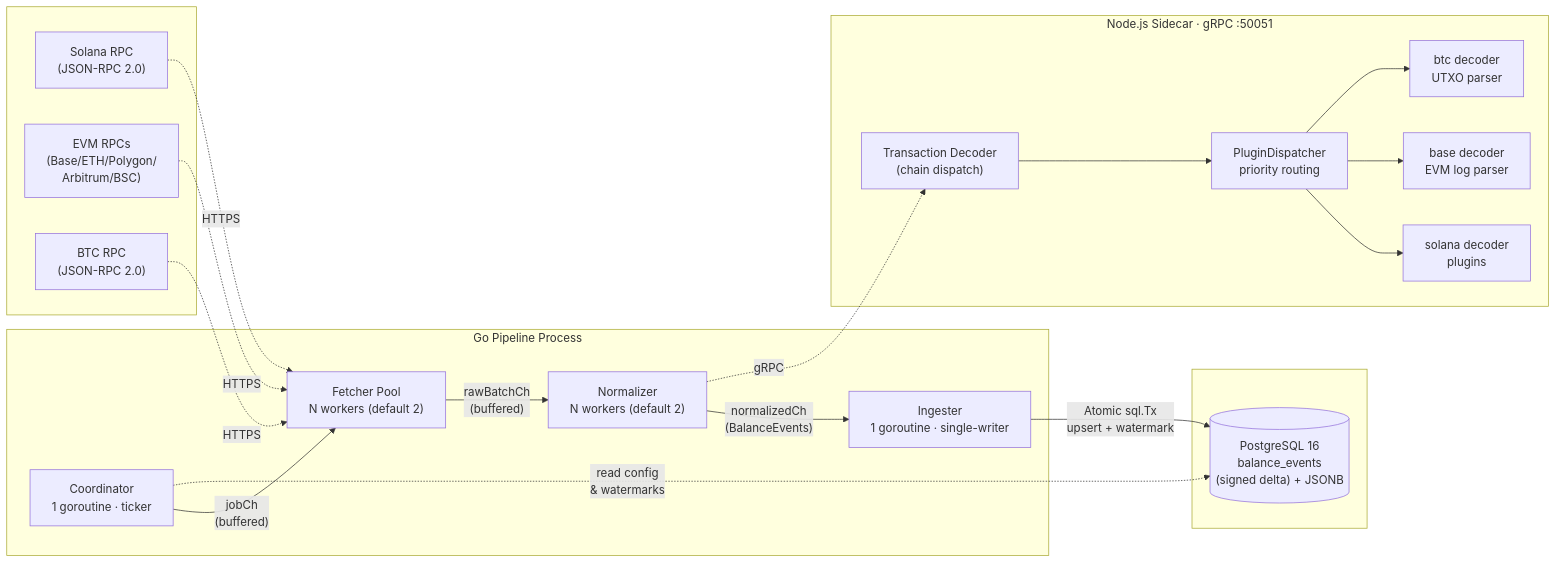
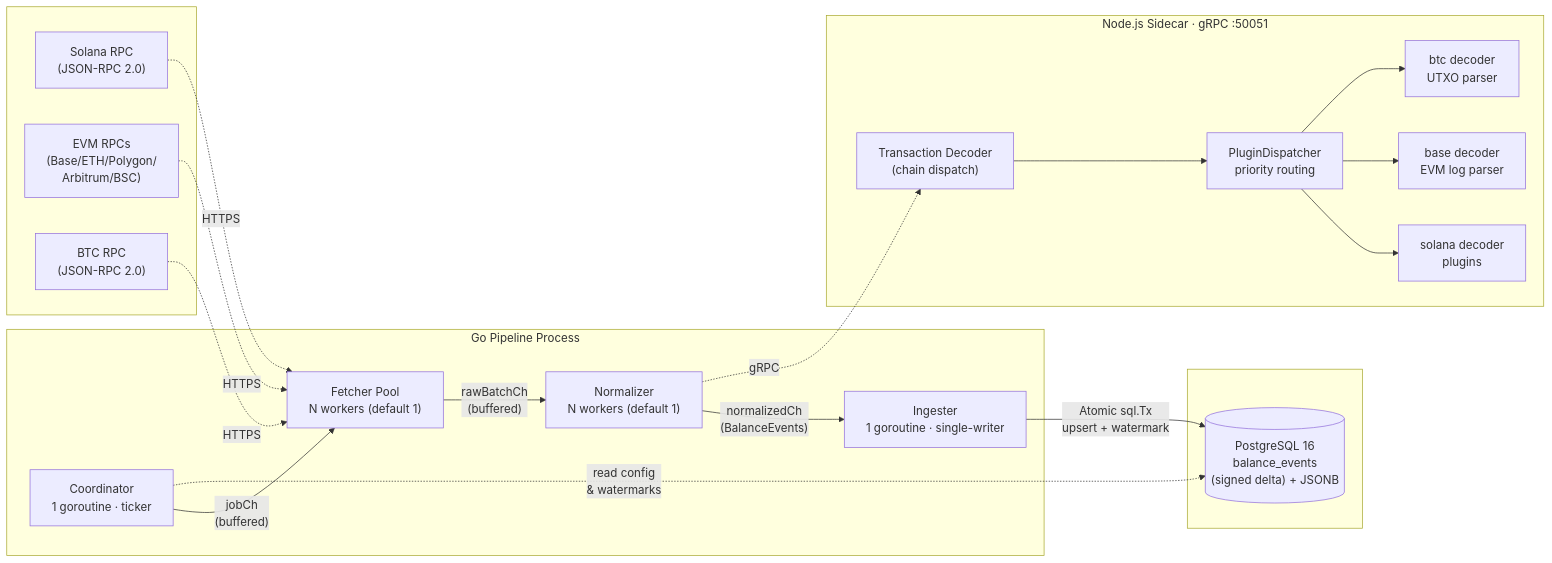
One commit to emperorhan/multichain-indexer changed the first of 5 diagrams in README.md. Above: the diagram before and after it, drawn with Mermaid. The commit also changed other lines of this file and 8 other files, not shown here.

````diff
--- a/README.md
+++ b/README.md
@@ -21,42 +21,42 @@
 ```mermaid
 graph LR
     subgraph external_left [" "]
         RPC1["Solana RPC\n(JSON-RPC 2.0)"]
         RPC2["EVM RPCs\n(Base/ETH/Polygon/\nArbitrum/BSC)"]
         RPC3["BTC RPC\n(JSON-RPC 2.0)"]
     end
 
     subgraph go_process ["Go Pipeline Process"]
         COORD["Coordinator\n1 goroutine · ticker"]
-        FETCH["Fetcher Pool\nN workers (default 2)"]
-        NORM["Normalizer\nN workers (default 2)"]
+        FETCH["Fetcher Pool\nN workers (default 1)"]
+        NORM["Normalizer\nN workers (default 1)"]
         INGEST["Ingester\n1 goroutine · single-writer"]
 
         COORD -- "jobCh\n(buffered)" --> FETCH
         FETCH -- "rawBatchCh\n(buffered)" --> NORM
         NORM -- "normalizedCh\n(BalanceEvents)" --> INGEST
     end
 
     subgraph sidecar ["Node.js Sidecar · gRPC :50051"]
         TX_DEC["Transaction Decoder\n(chain dispatch)"]
         DISP["PluginDispatcher\npriority routing"]
         SPL["solana decoder\nplugins"]
         EVM["base decoder\nEVM log parser"]
         BTC["btc decoder\nUTXO parser"]
         TX_DEC --> DISP
         DISP --> SPL
         DISP --> EVM
         DISP --> BTC
     end
 
     subgraph external_right [" "]
         PG[("PostgreSQL 16\nbalance_events\n(signed delta) + JSONB")]
     end
 
     RPC1 -. "HTTPS" .-> FETCH
     RPC2 -. "HTTPS" .-> FETCH
     RPC3 -. "HTTPS" .-> FETCH
     NORM -. "gRPC" .-> TX_DEC
     INGEST -- "Atomic sql.Tx\nupsert + watermark" --> PG
     COORD -. "read config\n& watermarks" .-> PG
 ```
````
